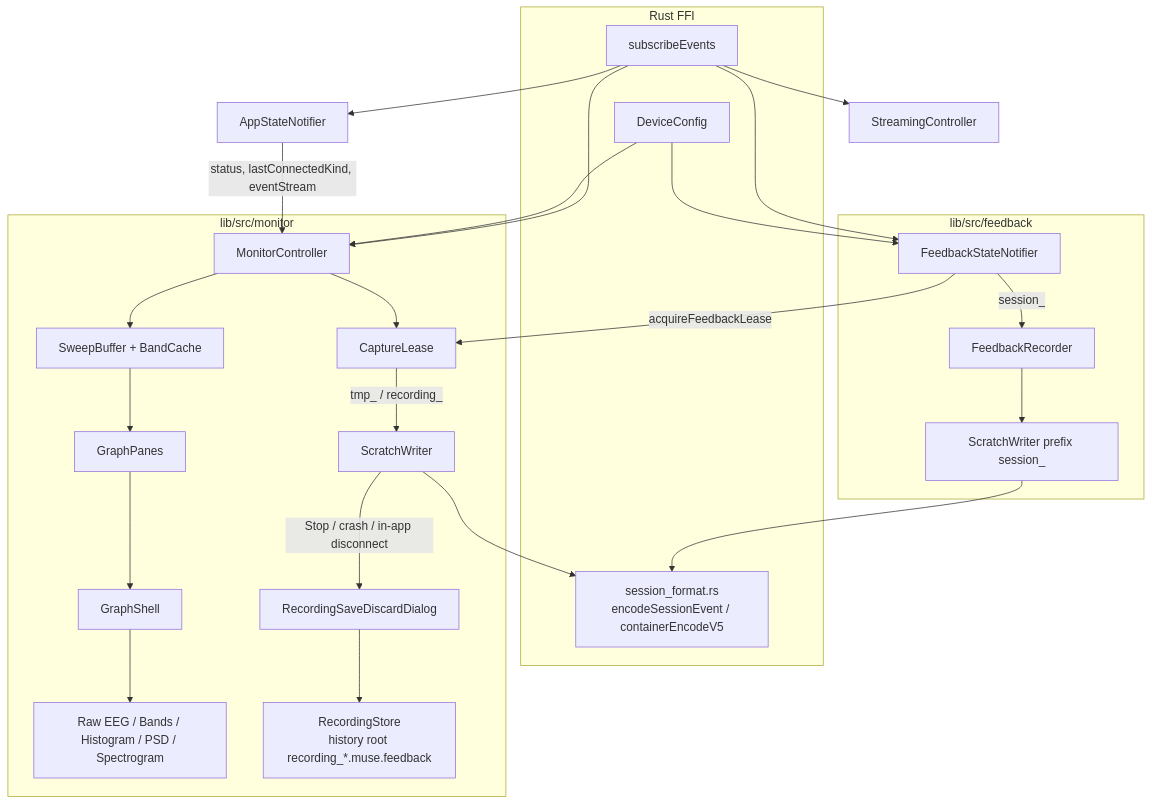
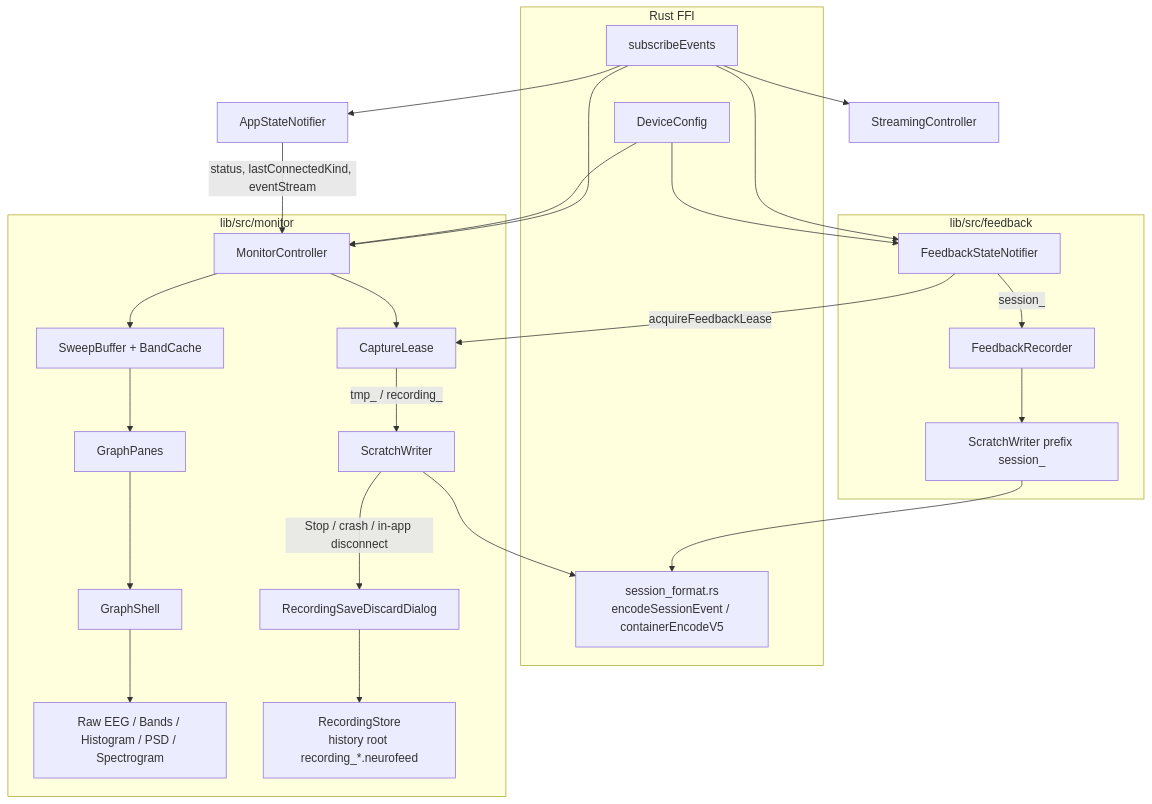
One commit to windwerfer/neurofeed changed the first of 8 diagrams in .ai/archive/monitor-rev6-design.md. Above: the diagram before and after it, drawn with Mermaid. The commit also changed other lines of this file and 262 other files, not shown here.

````diff
--- a/.ai/archive/monitor-rev6-design.md
+++ b/.ai/archive/monitor-rev6-design.md
@@ -328,36 +328,36 @@
 ```mermaid
 flowchart TB
   subgraph rust [Rust FFI]
     events[subscribeEvents]
     fmt["session_format.rs<br/>encodeSessionEvent / containerEncodeV5"]
     cfg[DeviceConfig]
   end
 
   events --> app[AppStateNotifier]
   events --> mon[MonitorController]
   events --> fb[FeedbackStateNotifier]
   events --> stream[StreamingController]
 
   app -->|status, lastConnectedKind, eventStream| mon
   cfg --> mon
   cfg --> fb
 
   subgraph monitor [lib/src/monitor]
     mon --> cache[SweepBuffer + BandCache]
     mon --> lease[CaptureLease]
     lease -->|tmp_ / recording_| writer[ScratchWriter]
     writer --> fmt
     cache --> panes[GraphPanes]
     panes --> shell[GraphShell]
     shell --> views[Raw EEG / Bands / Histogram / PSD / Spectrogram]
     writer -->|Stop / crash / in-app disconnect| dlg[RecordingSaveDiscardDialog]
-    dlg --> store["RecordingStore<br/>history root recording_*.muse.feedback"]
+    dlg --> store["RecordingStore<br/>history root recording_*.neurofeed"]
   end
 
   subgraph feedback [lib/src/feedback]
     fb -->|session_| fbr[FeedbackRecorder]
     fbr --> writer2[ScratchWriter prefix session_]
     writer2 --> fmt
     fb -->|acquireFeedbackLease| lease
   end
 ```
````
